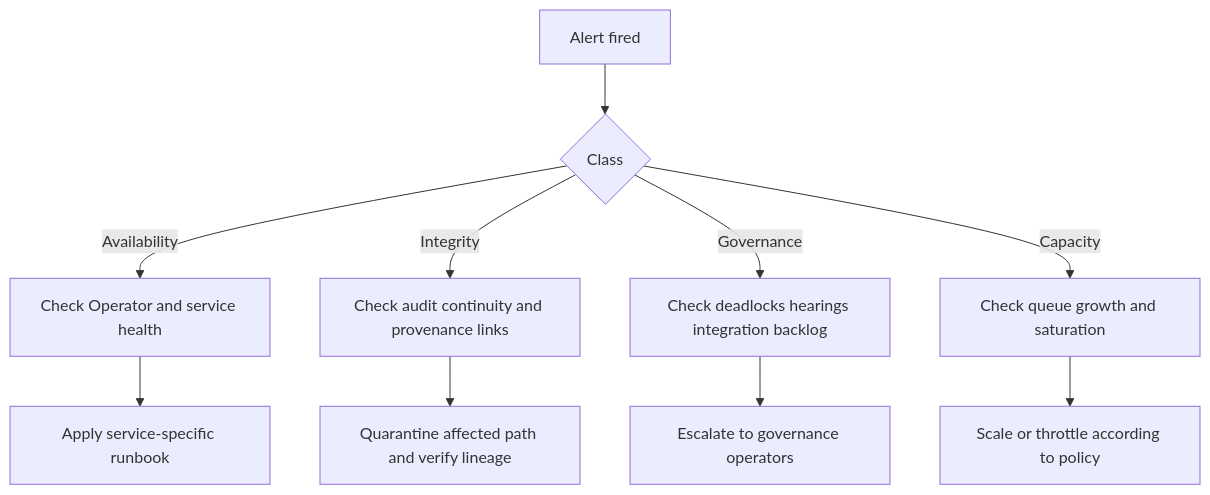
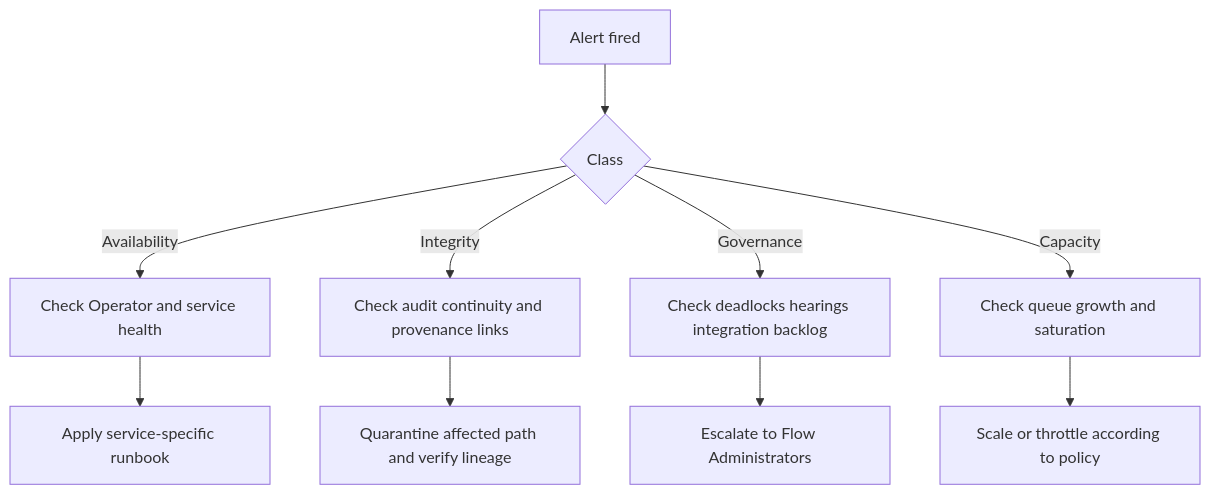
Before and after one commit to really-knows-ai/gideas: the second of 2 diagrams in specs/02-flow/07-operations.md, drawn with Mermaid. The commit also changed other lines of this file and 19 other files, not shown here.

````diff
--- a/specs/02-flow/07-operations.md
+++ b/specs/02-flow/07-operations.md
@@ -70,13 +70,13 @@
 ```mermaid
 flowchart TD
     A["Alert fired"] --> C{Class}
     C -->|Availability| AV["Check Operator and service health"]
     C -->|Integrity| IN["Check audit continuity and provenance links"]
     C -->|Governance| GV["Check deadlocks hearings integration backlog"]
     C -->|Capacity| CP["Check queue growth and saturation"]
 
     AV --> N1["Apply service-specific runbook"]
     IN --> N2["Quarantine affected path and verify lineage"]
-    GV --> N3["Escalate to governance operators"]
+    GV --> N3["Escalate to Flow Administrators"]
     CP --> N4["Scale or throttle according to policy"]
 ```
````
